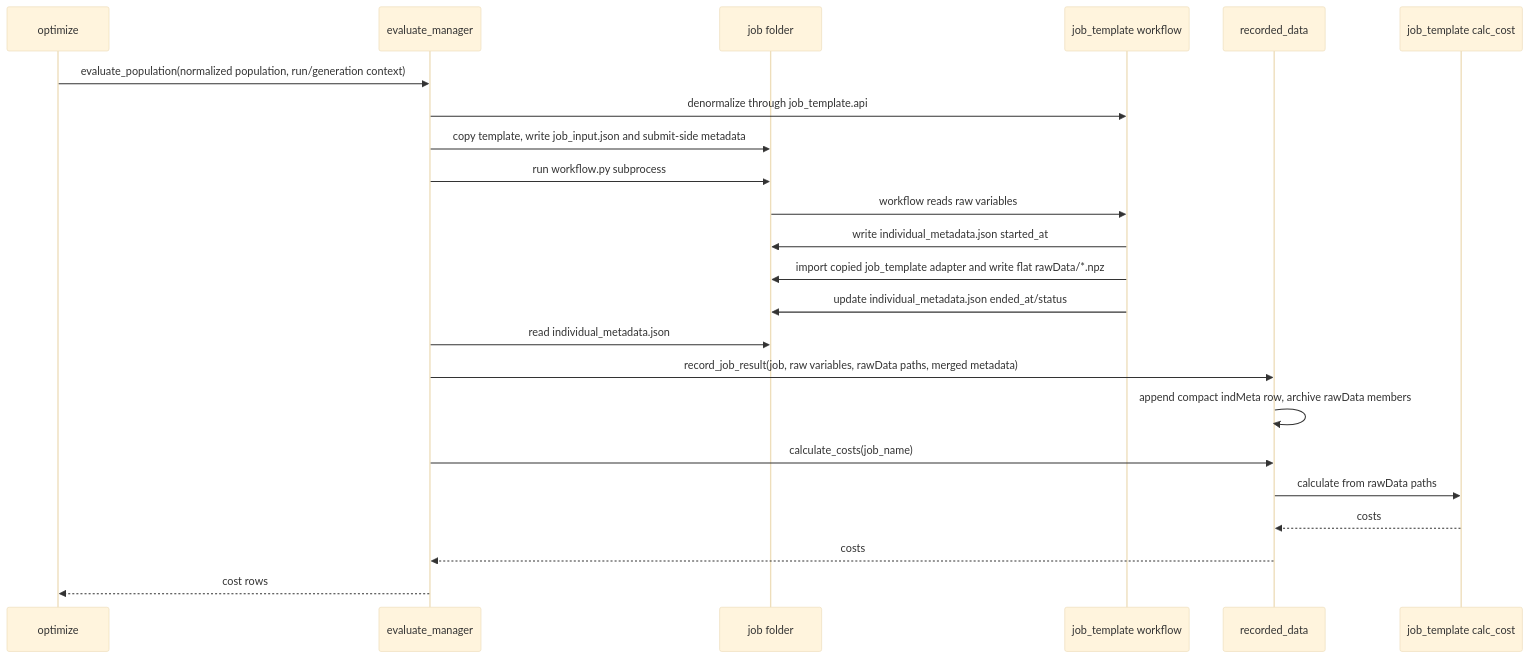
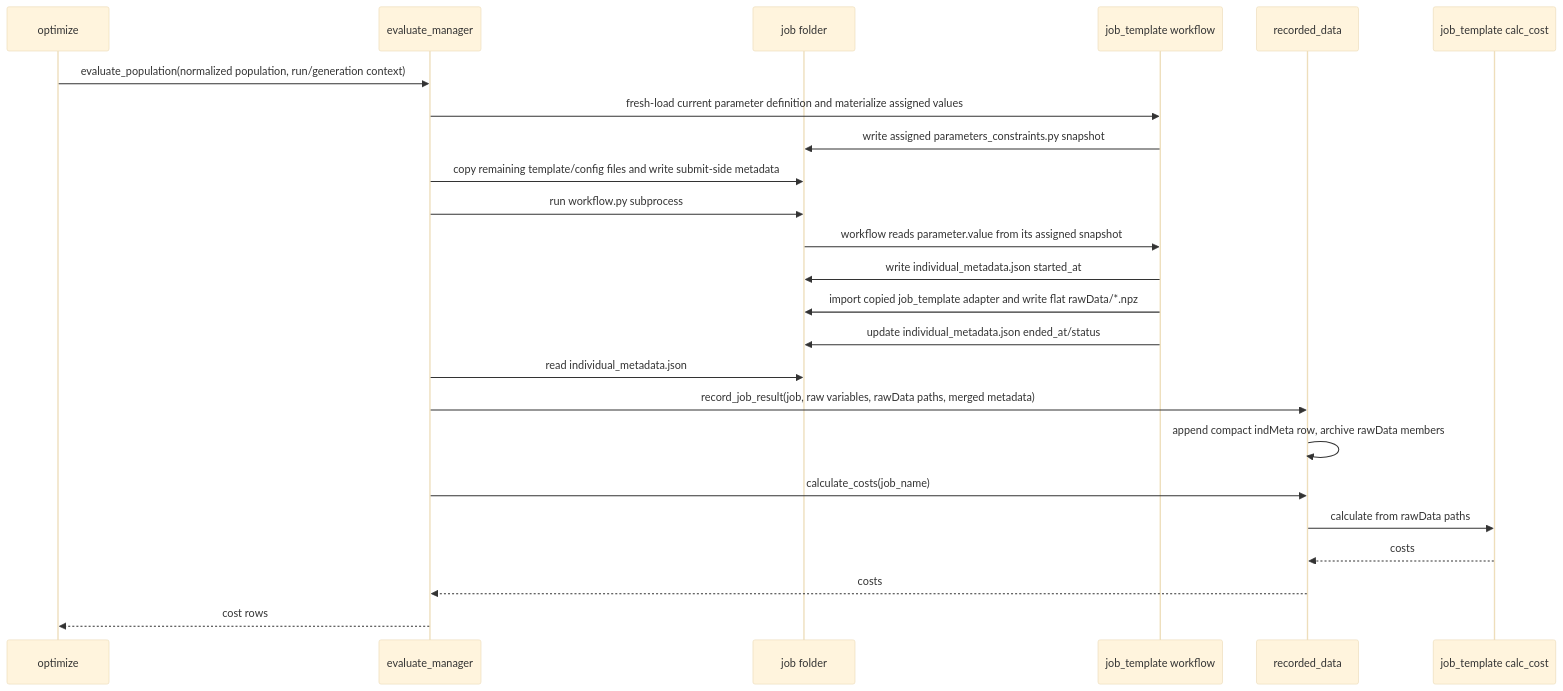
The first of 3 diagrams in dev_doc/architecture/4plus1_process_view.md (YS-Pan/yadof), drawn with Mermaid (base theme) before and after one commit. The commit also changed other lines of this file and 39 other files, not shown here.

````diff
--- a/dev_doc/architecture/4plus1_process_view.md
+++ b/dev_doc/architecture/4plus1_process_view.md
@@ -5,26 +5,27 @@
 ```mermaid
 sequenceDiagram
     participant O as optimize
     participant E as evaluate_manager
     participant J as job folder
     participant T as job_template workflow
     participant R as recorded_data
     participant C as job_template calc_cost
 
     O->>E: evaluate_population(normalized population, run/generation context)
-    E->>T: denormalize through job_template.api
-    E->>J: copy template, write job_input.json and submit-side metadata
+    E->>T: fresh-load current parameter definition and materialize assigned values
+    T->>J: write assigned parameters_constraints.py snapshot
+    E->>J: copy remaining template/config files and write submit-side metadata
     E->>J: run workflow.py subprocess
-    J->>T: workflow reads raw variables
+    J->>T: workflow reads parameter.value from its assigned snapshot
     T->>J: write individual_metadata.json started_at
     T->>J: import copied job_template adapter and write flat rawData/*.npz
     T->>J: update individual_metadata.json ended_at/status
     E->>J: read individual_metadata.json
     E->>R: record_job_result(job, raw variables, rawData paths, merged metadata)
     R->>R: append compact indMeta row, archive rawData members
     E->>R: calculate_costs(job_name)
     R->>C: calculate from rawData paths
     C-->>R: costs
     R-->>E: costs
     E-->>O: cost rows
 ```
````
